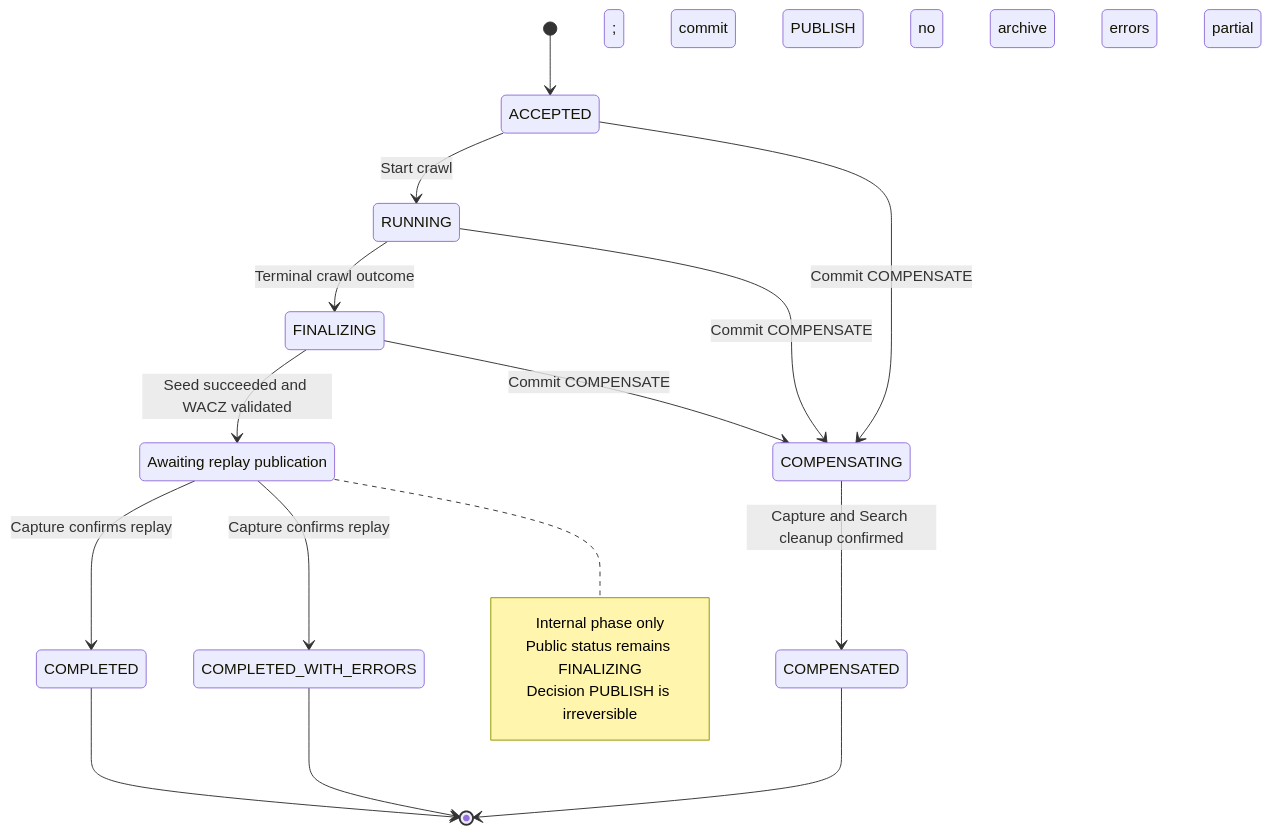
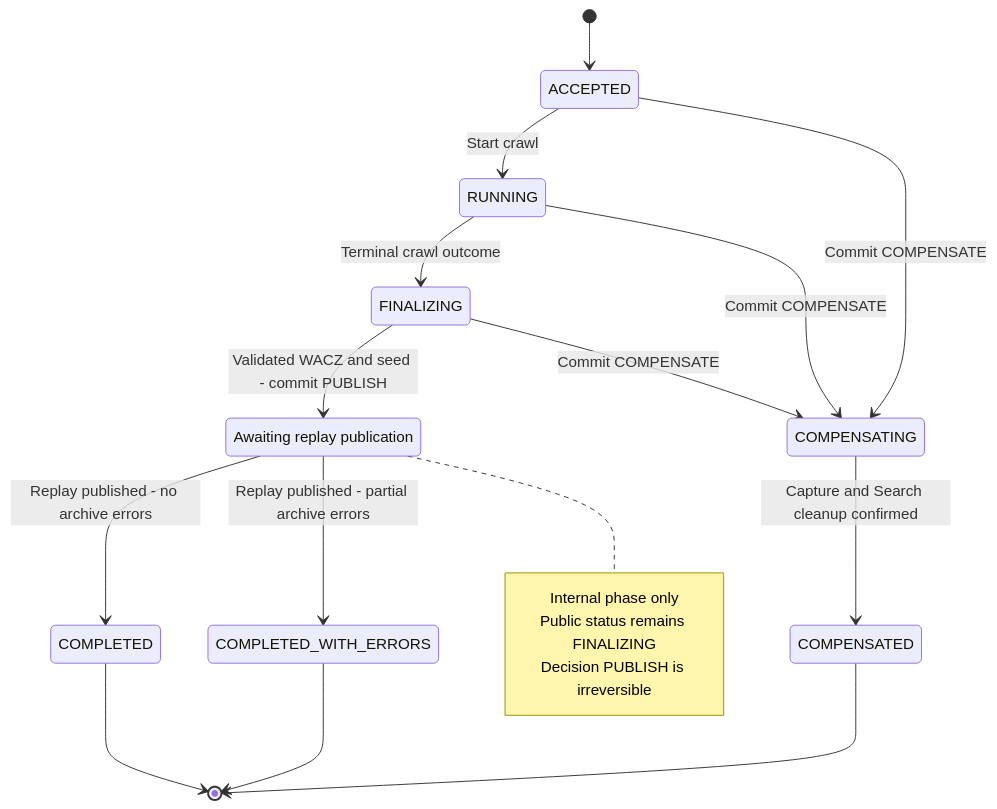
Before and after one commit to lemuel-manske/castellani: the diagram in docs/adr/0014-archive-lifecycle-saga.md, drawn with Mermaid.

Commit message:
docs(adr): remove Mermaid transition-label terminators

````diff
--- a/docs/adr/0014-archive-lifecycle-saga.md
+++ b/docs/adr/0014-archive-lifecycle-saga.md
@@ -55,26 +55,26 @@
 ```mermaid
 stateDiagram-v2
     [*] --> ACCEPTED
     ACCEPTED --> RUNNING: Start crawl
     RUNNING --> FINALIZING: Terminal crawl outcome
 
     state "Awaiting replay publication" as ReplayPending
-    FINALIZING --> ReplayPending: Seed succeeded and WACZ validated; commit PUBLISH
-    ReplayPending --> COMPLETED: Capture confirms replay; no archive errors
-    ReplayPending --> COMPLETED_WITH_ERRORS: Capture confirms replay; partial archive errors
+    FINALIZING --> ReplayPending: Validated WACZ and seed - commit PUBLISH
+    ReplayPending --> COMPLETED: Replay published - no archive errors
+    ReplayPending --> COMPLETED_WITH_ERRORS: Replay published - partial archive errors
 
     ACCEPTED --> COMPENSATING: Commit COMPENSATE
     RUNNING --> COMPENSATING: Commit COMPENSATE
     FINALIZING --> COMPENSATING: Commit COMPENSATE
     COMPENSATING --> COMPENSATED: Capture and Search cleanup confirmed
 
     note right of ReplayPending
         Internal phase only
         Public status remains FINALIZING
         Decision PUBLISH is irreversible
     end note
 
     COMPLETED --> [*]
     COMPLETED_WITH_ERRORS --> [*]
     COMPENSATED --> [*]
 ```
````
